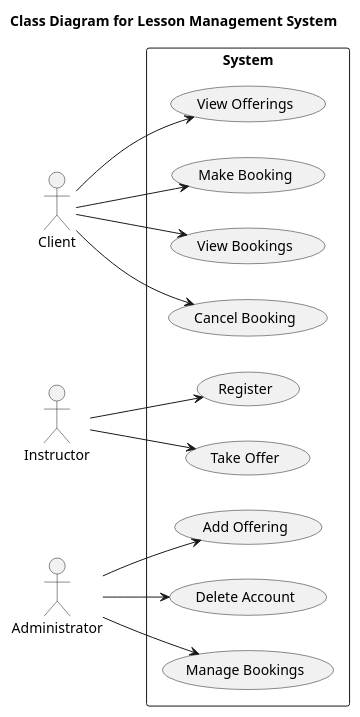
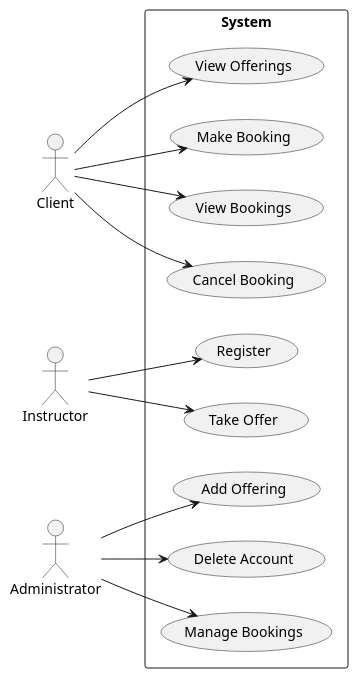
The diagram in diagrams/src/use-case.pu (NathanGrenier/SOEN-342-Project), drawn with PlantUML before and after one commit. The commit also changed 9 other files, not shown here.

Commit message:
renamed and re-exported plantuml diagrams

```diff
--- a/diagrams/src/use-case.pu
+++ b/diagrams/src/use-case.pu
@@ -1,34 +1,33 @@
-@startuml
-title Class Diagram for Lesson Management System
+@startuml Lesson_Management_System_Class_Diagram
 left to right direction
 
 actor Client as Cli
 actor Instructor as Inst
 actor Administrator as Ad
 
 rectangle System {
 usecase "View Offerings" as ViewOfferings
 usecase "Make Booking" as MakeBooking
 usecase "View Bookings" as ViewBookings
 usecase "Cancel Booking" as CancelBooking
 usecase "Register" as Register
 usecase "Take Offer" as TakeOffer
 usecase "Add Offering" as AddOffer
 usecase "Delete Account" as Delete
 usecase "Manage Bookings" as Manage
 }
 
 
 Cli --> MakeBooking
 Cli --> ViewBookings
 Cli --> CancelBooking
 Cli --> ViewOfferings
 
 Inst --> Register
 Inst --> TakeOffer
 
 Ad --> AddOffer
 Ad --> Delete
 Ad --> Manage
 
 @enduml
```
